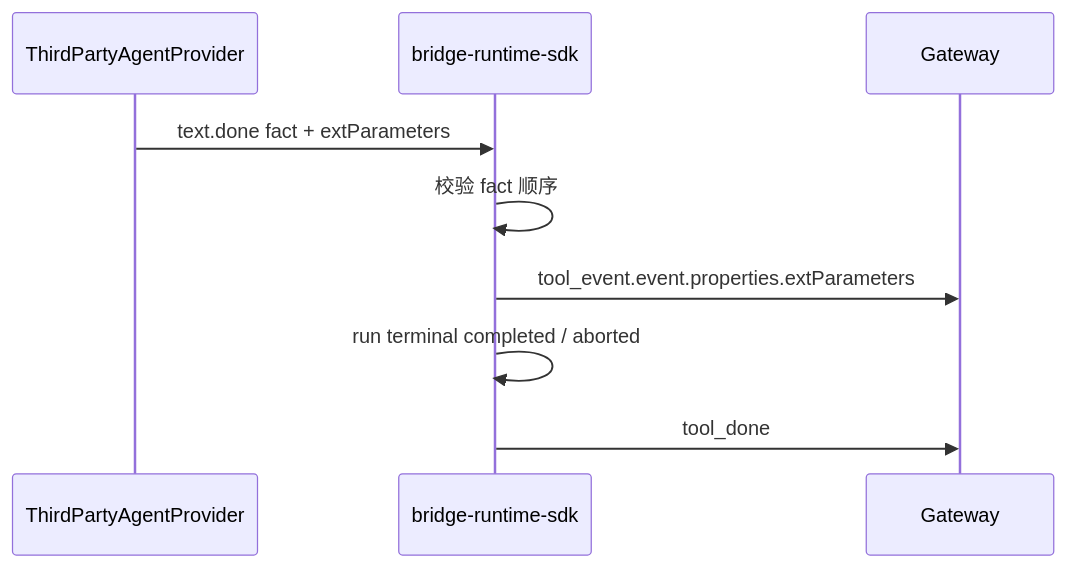
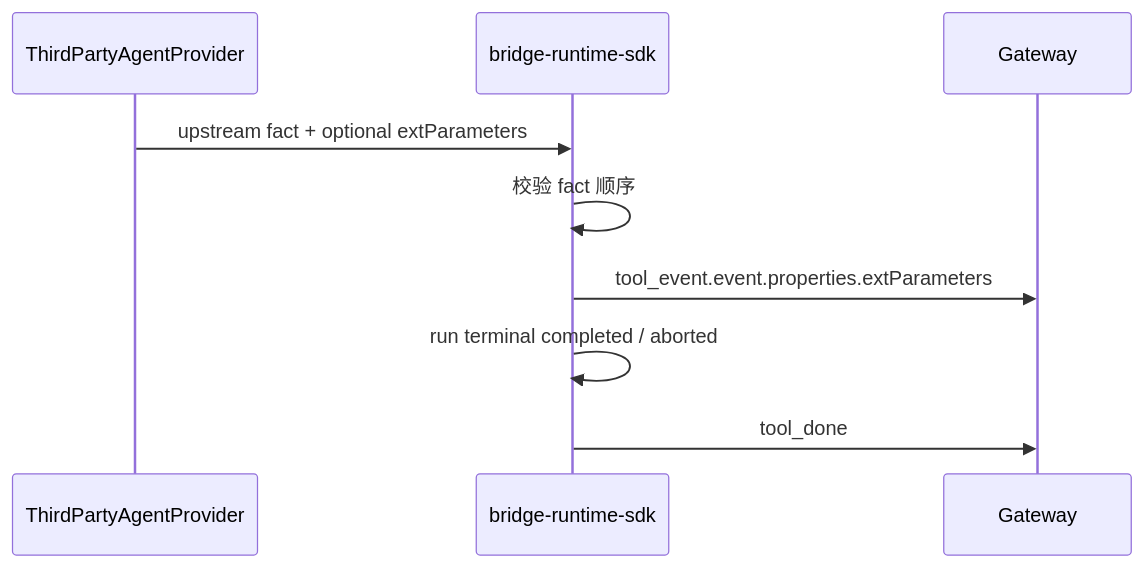
Before and after one commit to yuzhangCZ/agent-plugin: the third of 3 diagrams in packages/bridge-runtime-sdk/docs/design/ext-parameters-bidirectional-pass-through.md, drawn with Mermaid. The commit also changed other lines of this file, not shown here.

Commit message:
docs: align extParameters optional event contract

````diff
--- a/packages/bridge-runtime-sdk/docs/design/ext-parameters-bidirectional-pass-through.md
+++ b/packages/bridge-runtime-sdk/docs/design/ext-parameters-bidirectional-pass-through.md
@@ -161,12 +148,12 @@
 ```mermaid
 sequenceDiagram
     participant Agent as ThirdPartyAgentProvider
     participant SDK as bridge-runtime-sdk
     participant Gateway as Gateway
 
-    Agent->>SDK: text.done fact + extParameters
+    Agent->>SDK: upstream fact + optional extParameters
     SDK->>SDK: 校验 fact 顺序
     SDK->>Gateway: tool_event.event.properties.extParameters
     SDK->>SDK: run terminal completed / aborted
     SDK->>Gateway: tool_done
 ```
````
